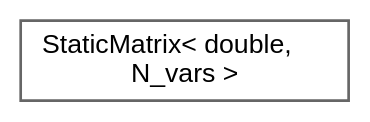
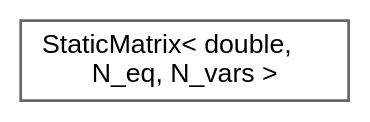
The diagram in inherit_graph_104.dot (jswoo0615/Algorithms_for_Optimization_cpp), drawn with Graphviz before and after one commit. The commit also changed 108 other files, not shown here.

```diff
--- a/inherit_graph_104.dot
+++ b/inherit_graph_104.dot
@@ -1,9 +1,9 @@
 digraph "Graphical Class Hierarchy"
 {
  // LATEX_PDF_SIZE
   bgcolor="transparent";
   edge [fontname=Helvetica,fontsize=10,labelfontname=Helvetica,labelfontsize=10];
   node [fontname=Helvetica,fontsize=10,shape=box,height=0.2,width=0.4];
   rankdir="LR";
-  Node0 [id="Node000000",label="StaticMatrix\< double,\l N_vars \>",height=0.2,width=0.4,color="grey40", fillcolor="white", style="filled",URL="$classStaticMatrix.html",tooltip=" "];
+  Node0 [id="Node000000",label="StaticMatrix\< double,\l N_eq, N_vars \>",height=0.2,width=0.4,color="grey40", fillcolor="white", style="filled",URL="$classStaticMatrix.html",tooltip=" "];
 }
```
